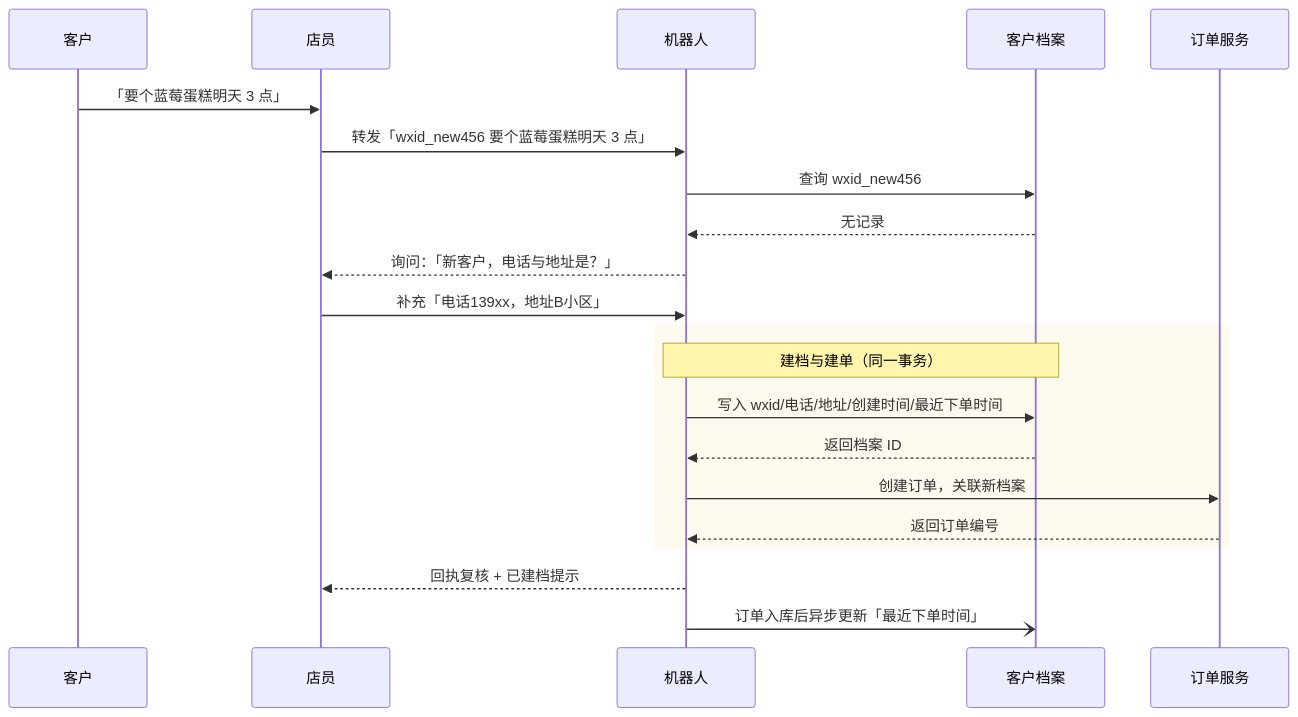
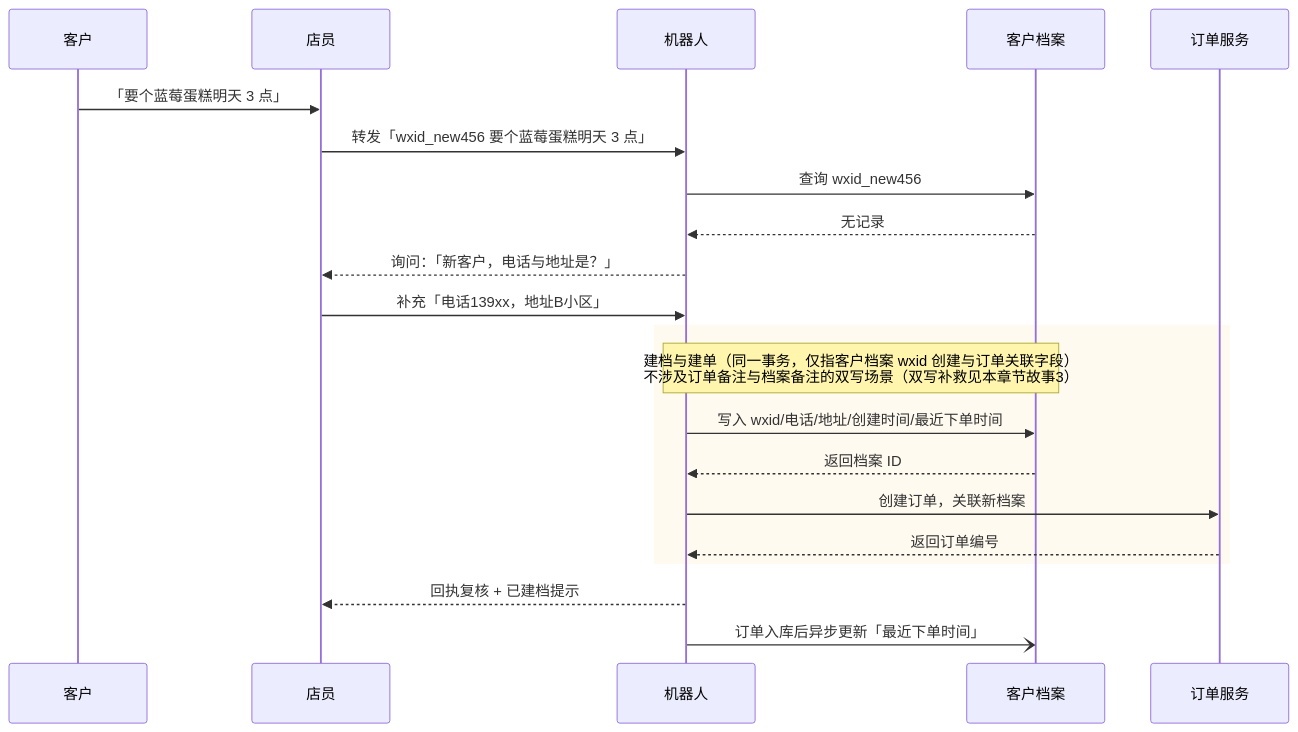
One commit to Antiqueeeee/cake-management changed the seventh of 30 diagrams in docs/时序图.md. Above: the diagram before and after it, drawn with Mermaid. The commit also changed other lines of this file and 1 other file, not shown here.

````diff
--- a/docs/时序图.md
+++ b/docs/时序图.md
@@ -366,28 +366,28 @@
 ```mermaid
 sequenceDiagram
     participant 客户
     participant 店员
     participant 机器人
     participant 档案 as 客户档案
     participant 订单 as 订单服务
 
     客户->>店员: 「要个蓝莓蛋糕明天 3 点」
     店员->>机器人: 转发「wxid_new456 要个蓝莓蛋糕明天 3 点」
 
     机器人->>档案: 查询 wxid_new456
     档案-->>机器人: 无记录
 
     机器人-->>店员: 询问：「新客户，电话与地址是？」
     店员->>机器人: 补充「电话139xx，地址B小区」
 
     rect rgb(255, 250, 240)
-    Note over 机器人,档案: 建档与建单（同一事务）
+    Note over 机器人,档案: 建档与建单（同一事务，仅指客户档案 wxid 创建与订单关联字段）<br/>不涉及订单备注与档案备注的双写场景（双写补救见本章节故事3）
     机器人->>档案: 写入 wxid/电话/地址/创建时间/最近下单时间
     档案-->>机器人: 返回档案 ID
     机器人->>订单: 创建订单，关联新档案
     订单-->>机器人: 返回订单编号
     end
 
     机器人-->>店员: 回执复核 + 已建档提示
     机器人-)档案: 订单入库后异步更新「最近下单时间」
 ```
````
